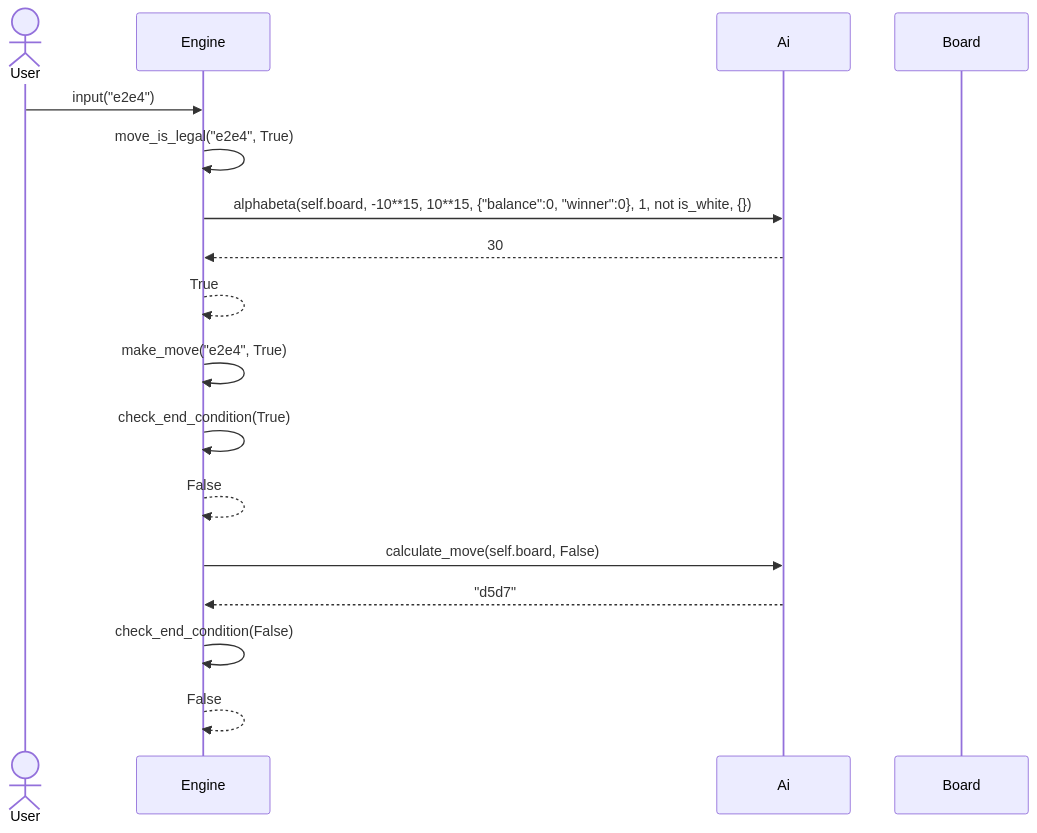
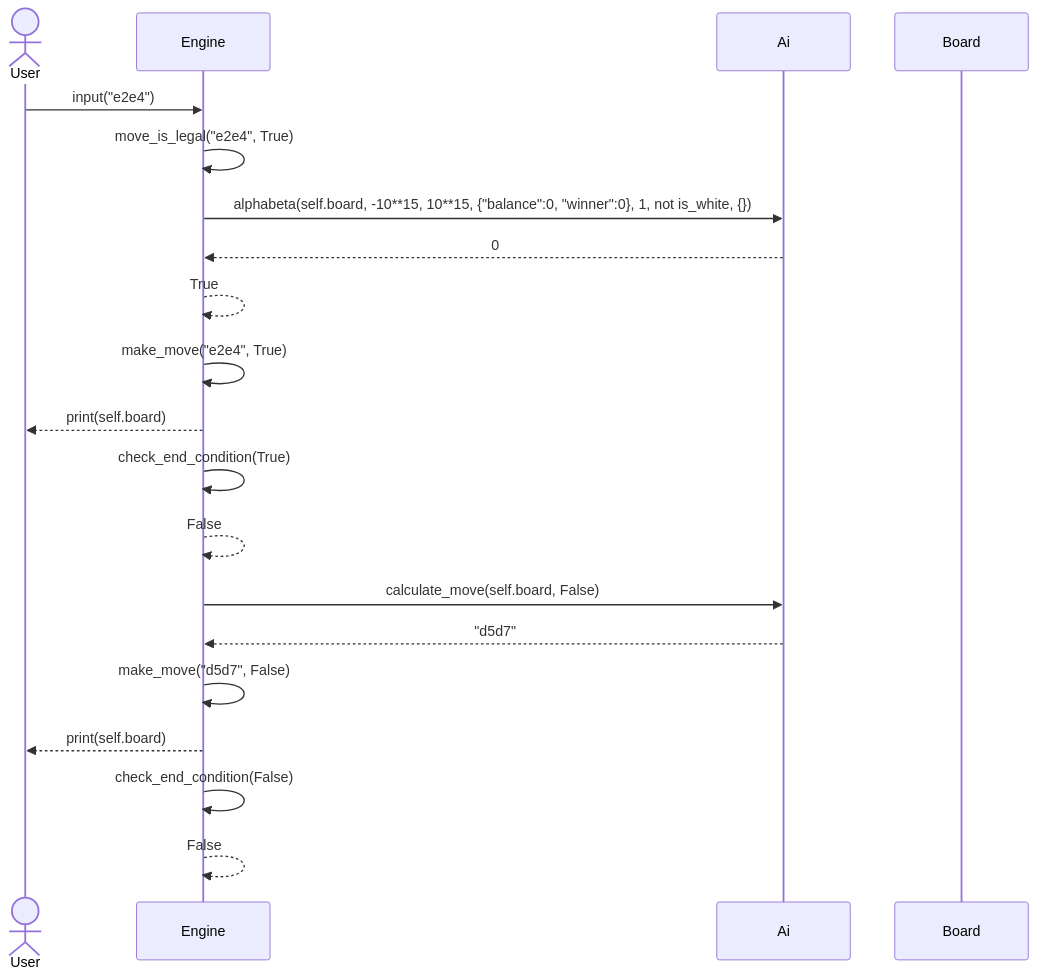
The first of 3 diagrams in documentation/implementation.md (rikumat/chess-engine), drawn with Mermaid before and after one commit. The commit also changed other lines of this file, not shown here.

````diff
--- a/documentation/implementation.md
+++ b/documentation/implementation.md
@@ -28,24 +28,23 @@
 ```mermaid
 sequenceDiagram
   actor User
   participant Engine
   participant Ai
   participant Board
 
   User ->> Engine: input("e2e4")
   Engine ->> Engine: move_is_legal("e2e4", True)
   Engine ->> Ai: alphabeta(self.board, -10**15, 10**15, {"balance":0, "winner":0}, 1, not is_white, {})
-  Ai -->> Engine: 30
+  Ai -->> Engine: 0
   Engine -->> Engine: True
   Engine ->> Engine: make_move("e2e4", True)
+  Engine -->> User: print(self.board)
   Engine ->> Engine: check_end_condition(True)
   Engine -->> Engine: False
   Engine ->> Ai: calculate_move(self.board, False)
   Ai -->> Engine: "d5d7"
+  Engine ->> Engine: make_move("d5d7", False)
+  Engine -->> User: print(self.board)
   Engine ->> Engine: check_end_condition(False)
   Engine -->> Engine: False
-  
-  
-  
-  
   ```
````
